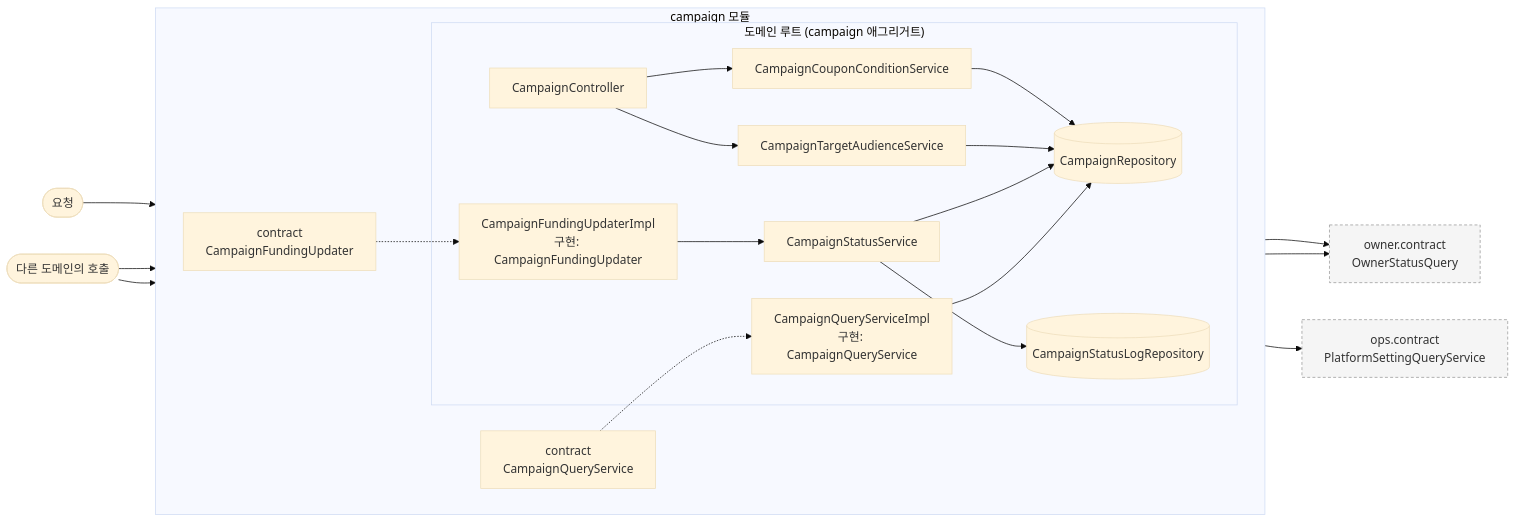
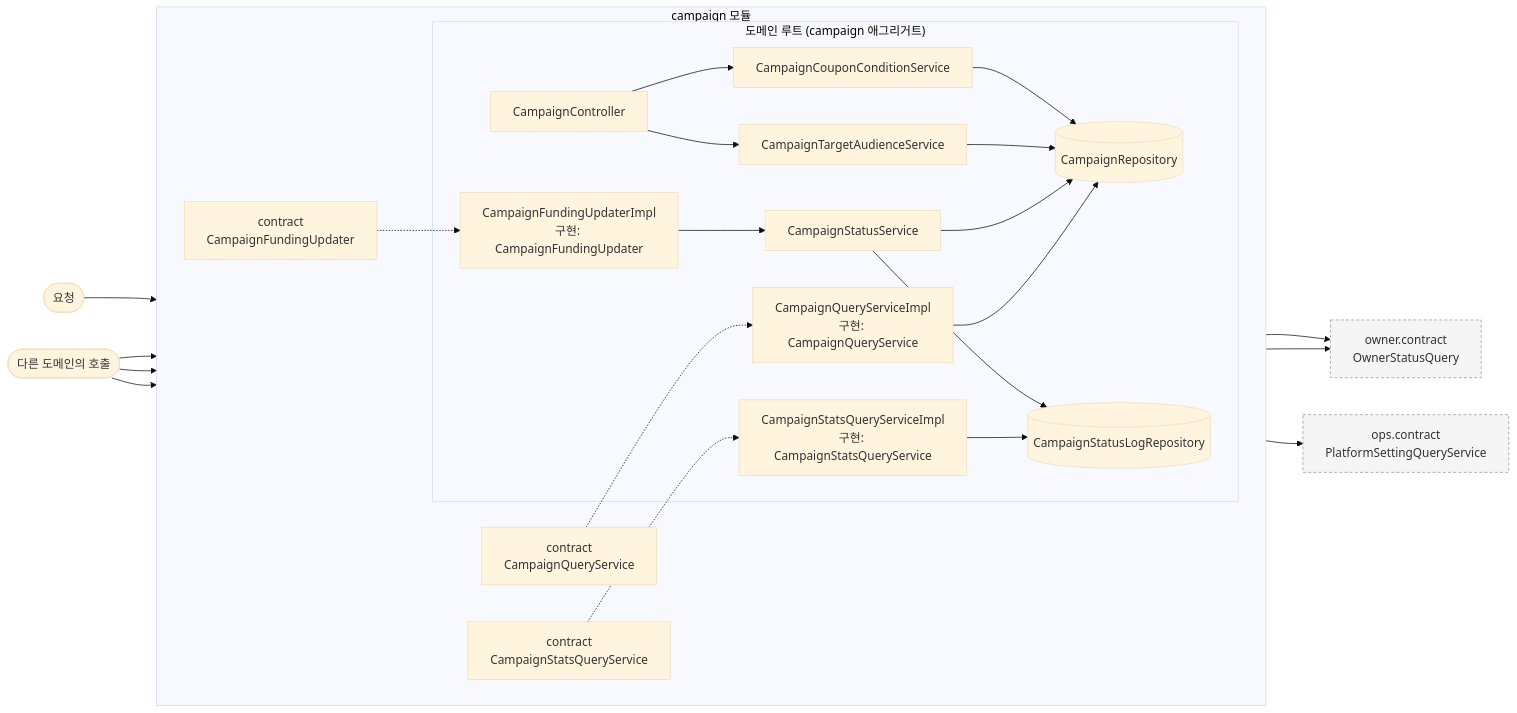
The first of 4 diagrams in docs/design/campaign/campaign_구조와_동작_설계.md (lunch-catch/lc-backend), drawn with Mermaid (base theme) before and after one commit. The commit also changed other lines of this file and 1 other file, not shown here.

````diff
--- a/docs/design/campaign/campaign_구조와_동작_설계.md
+++ b/docs/design/campaign/campaign_구조와_동작_설계.md
@@ -75,33 +79,37 @@
 ```mermaid
 flowchart LR
     REQ([요청]) --> CC
     CALL([다른 도메인의 호출]) --> CQC
     CALL --> CFC
+    CALL --> CSQC
 
     subgraph campaign["campaign 모듈"]
         direction LR
         CQC["contract<br/>CampaignQueryService"]
         CFC["contract<br/>CampaignFundingUpdater"]
+        CSQC["contract<br/>CampaignStatsQueryService"]
 
         subgraph root["도메인 루트 (campaign 애그리거트)"]
             CC[CampaignController] --> CCS[CampaignCouponConditionService]
             CC --> CTS[CampaignTargetAudienceService]
             CCS --> CR[(CampaignRepository)]
             CTS --> CR
             CSS[CampaignStatusService] --> CR
             CSS --> CSLR[(CampaignStatusLogRepository)]
             CQS["CampaignQueryServiceImpl<br/>구현: CampaignQueryService"] --> CR
             CFI["CampaignFundingUpdaterImpl<br/>구현: CampaignFundingUpdater"] --> CSS
+            CSQS["CampaignStatsQueryServiceImpl<br/>구현: CampaignStatsQueryService"] --> CSLR
         end
 
         CQC -.-> CQS
         CFC -.-> CFI
+        CSQC -.-> CSQS
     end
 
     CCS --> OWN["owner.contract<br/>OwnerStatusQuery"]
     CTS --> OWN
     CTS --> OPS["ops.contract<br/>PlatformSettingQueryService"]
 
     classDef out fill:#f5f5f5,stroke:#999,stroke-dasharray:4 3
     class OWN,OPS out
 ```
````
